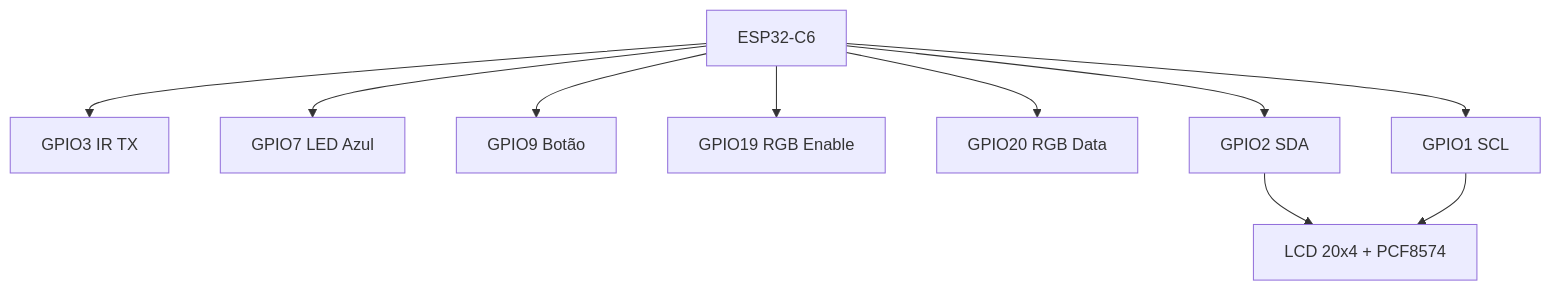
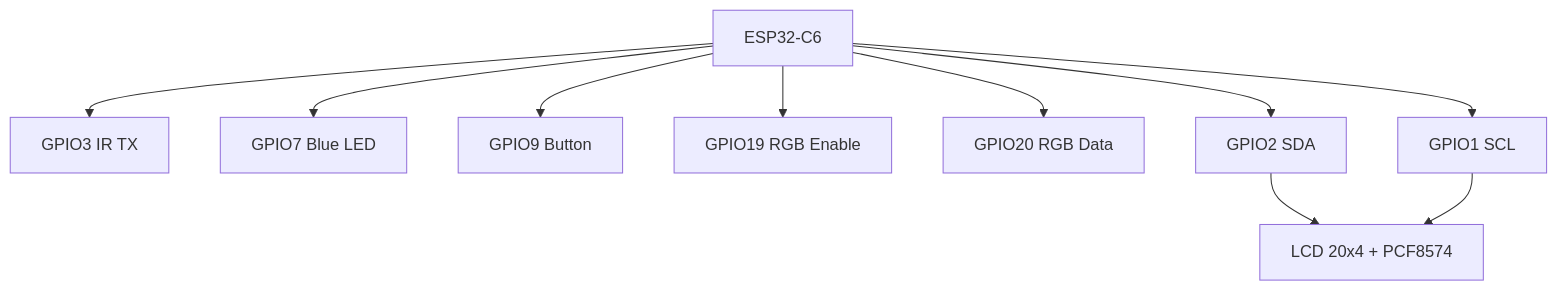
Before and after one commit to paulocfmarques-collab/M5NanoC6_wifi: diagram 11 of 14 in README.md, drawn with Mermaid. The commit also changed other lines of this file, not shown here.

````diff
--- a/README.md
+++ b/README.md
@@ -416,12 +416,12 @@
 ```mermaid
 flowchart TD
     MCU[ESP32-C6] --> IR[GPIO3 IR TX]
-    MCU --> LEDB[GPIO7 LED Azul]
-    MCU --> BTN[GPIO9 Botão]
+    MCU --> LEDB[GPIO7 Blue LED]
+    MCU --> BTN[GPIO9 Button]
     MCU --> RGBEN[GPIO19 RGB Enable]
     MCU --> RGBDAT[GPIO20 RGB Data]
     MCU --> I2CSDA[GPIO2 SDA]
     MCU --> I2CSCL[GPIO1 SCL]
     I2CSDA --> LCD[LCD 20x4 + PCF8574]
     I2CSCL --> LCD
 ```
````
